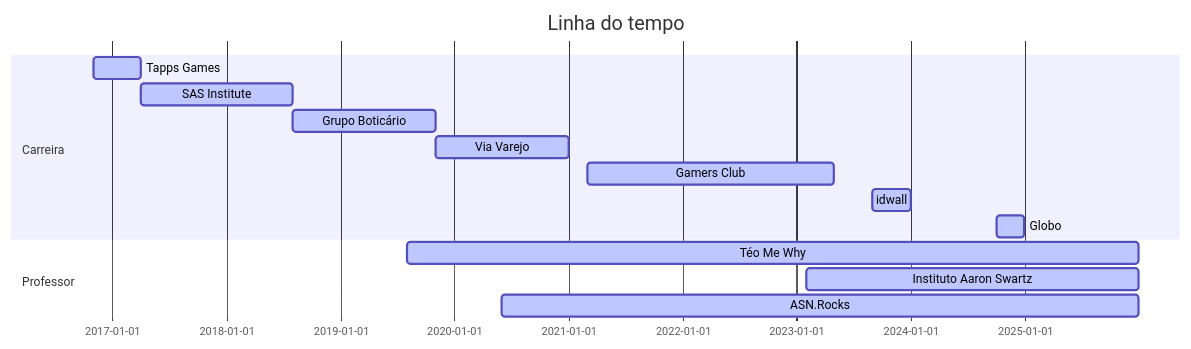
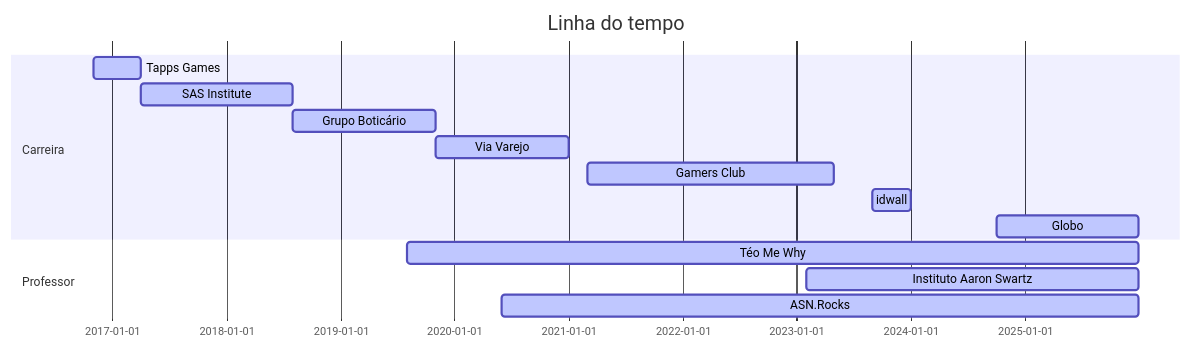
The diagram in README.md (TeoCalvo/TeoCalvo), drawn with Mermaid before and after one commit.

````diff
--- a/README.md
+++ b/README.md
@@ -6,20 +6,20 @@
 ```mermaid
 
 gantt
 dateFormat  YYYY-MM-DD
 title Linha do tempo
 
 section Carreira
 Tapps Games           :active,, 2016-11-01,2017-04-01
 SAS Institute         :active,, 2017-04-01,2018-08-01
 Grupo Boticário       :active,, 2018-08-01,2019-11-01
 Via Varejo            :active,, 2019-11-01,2021-01-01
 Gamers Club           :active,, 2021-03-01,2023-05-01
 idwall                :active,, 2023-09-01,2023-12-31
-Globo                :active,, 2024-10-01,2024-12-31
+Globo                 :active,, 2024-10-01,2025-12-31
 
 section Professor
 Téo Me Why             :active,, 2019-08-01,2025-12-31
 Instituto Aaron Swartz :active,, 2023-02-01,2025-12-31
 ASN.Rocks              :active,, 2020-06-01,2025-12-31
 ```
````
